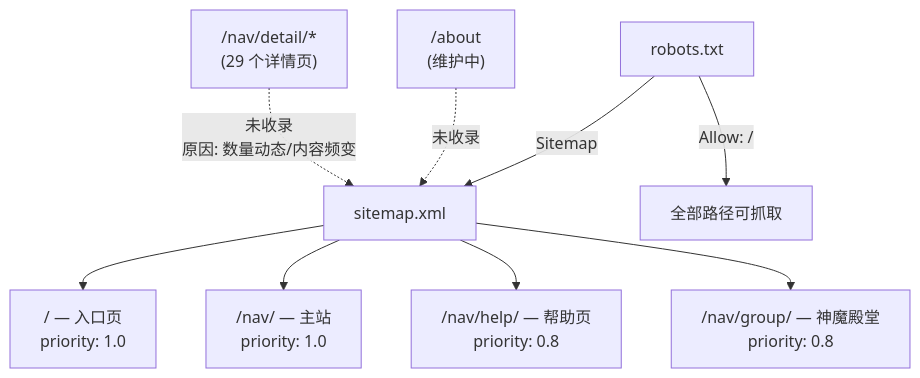
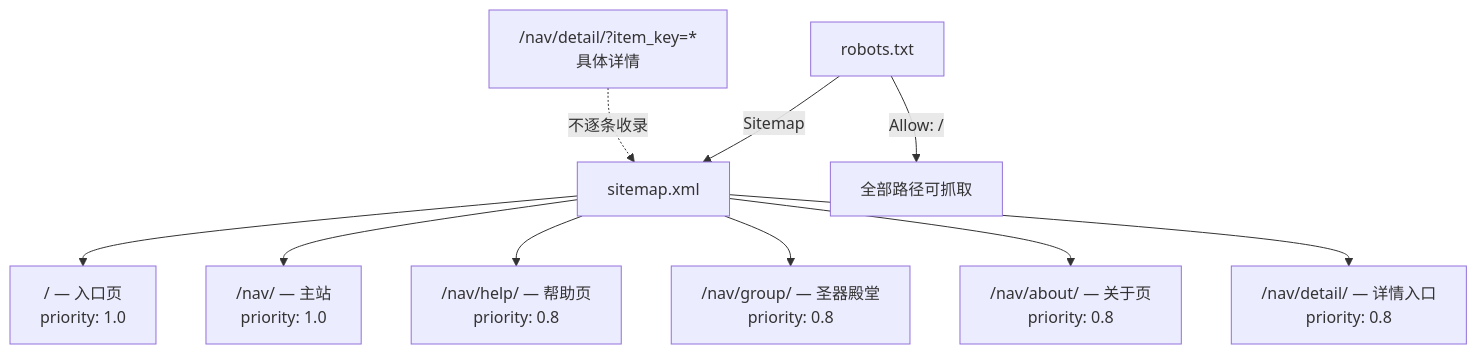
Before and after one commit to argb6/galnavi-obsidian: the tenth of 11 diagrams in 网站框架总览.md, drawn with Mermaid. The commit also changed other lines of this file and 34 other files, not shown here.

````diff
--- a/网站框架总览.md
+++ b/网站框架总览.md
@@ -392,16 +391,16 @@
 ```mermaid
 graph TD
     SITEMAP["sitemap.xml"] --> S1["/ — 入口页<br/>priority: 1.0"]
     SITEMAP --> S2["/nav/ — 主站<br/>priority: 1.0"]
     SITEMAP --> S3["/nav/help/ — 帮助页<br/>priority: 0.8"]
-    SITEMAP --> S4["/nav/group/ — 神魔殿堂<br/>priority: 0.8"]
+    SITEMAP --> S4["/nav/group/ — 圣器殿堂<br/>priority: 0.8"]
+    SITEMAP --> S5["/nav/about/ — 关于页<br/>priority: 0.8"]
+    SITEMAP --> S6["/nav/detail/ — 详情入口<br/>priority: 0.8"]
 
-    S_NOT["/nav/detail/*<br/>(29 个详情页)"]
-    S_NOT2["/about<br/>(维护中)"]
+    S_NOT["/nav/detail/?item_key=*<br/>具体详情"]
 
-    S_NOT -.->|"未收录<br/>原因: 数量动态/内容频变"| SITEMAP
-    S_NOT2 -.->|"未收录"| SITEMAP
+    S_NOT -.->|"不逐条收录"| SITEMAP
 
     ROBOTS["robots.txt"] -->|"Allow: /"| CRAWL["全部路径可抓取"]
     ROBOTS -->|"Sitemap"| SITEMAP
 ```
````
